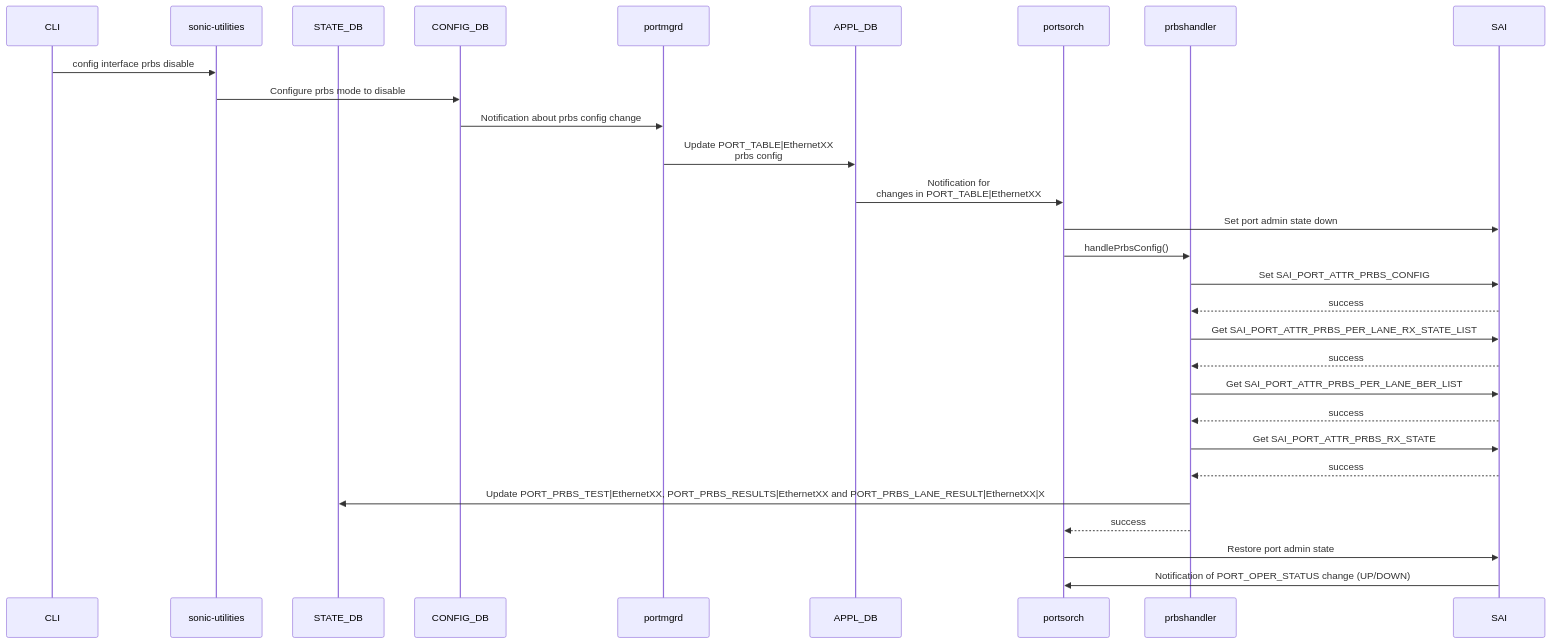
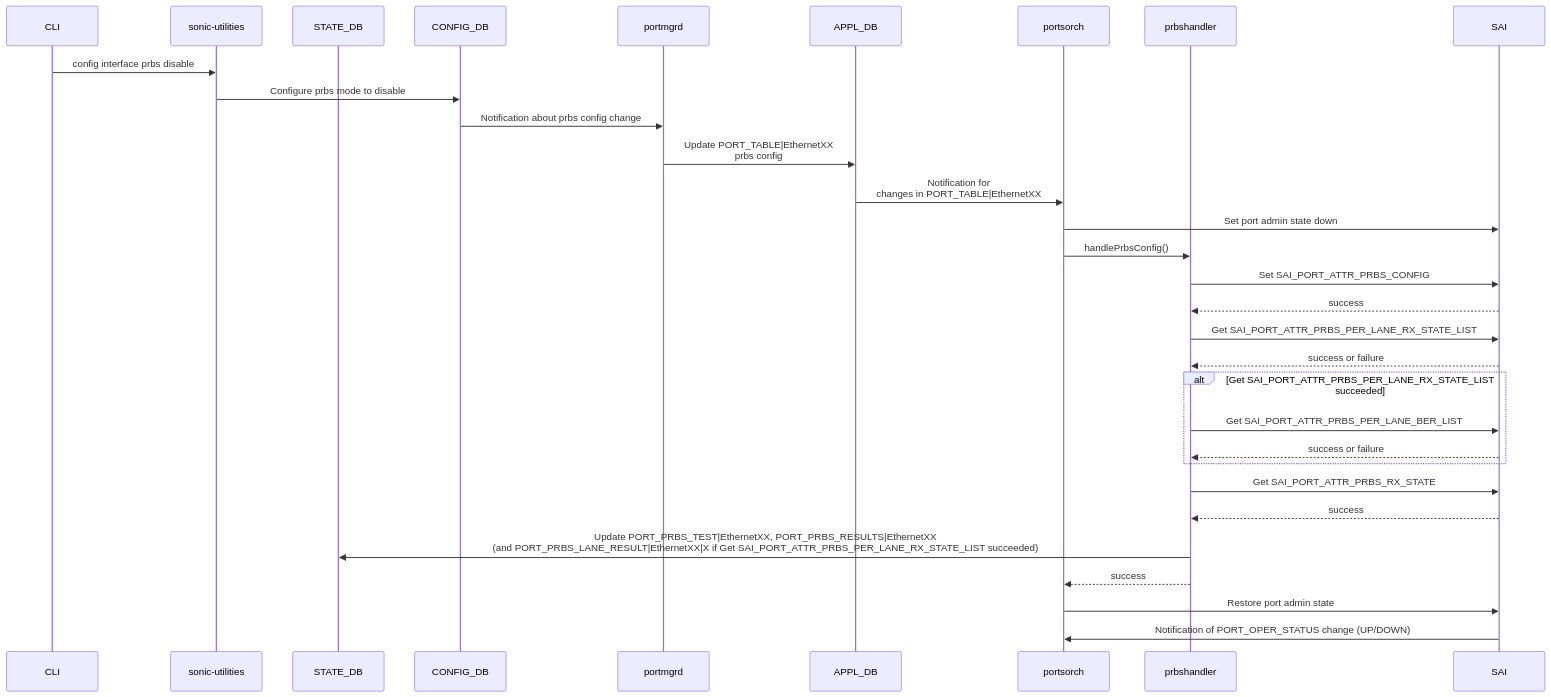
Before and after one commit to sonic-net/SONiC: the fourth of 4 diagrams in doc/prbs/PRBS_Per_Lane_HLD.md, drawn with Mermaid. The commit also changed other lines of this file, not shown here.

Commit message:
Add details about port-level PRBS statistics

````diff
--- a/doc/prbs/PRBS_Per_Lane_HLD.md
+++ b/doc/prbs/PRBS_Per_Lane_HLD.md
@@ -465,36 +468,38 @@
 ```mermaid
 sequenceDiagram
     participant CLI
     participant sonic-utilities
     participant STATE_DB
     participant CONFIG_DB
     participant portmgrd
     participant APPL_DB
     participant portsorch
     participant prbshandler
 
     CLI->>sonic-utilities: config interface prbs disable
     sonic-utilities->>CONFIG_DB: Configure prbs mode to disable
 
     CONFIG_DB->>portmgrd: Notification about prbs config change
 
     portmgrd->>APPL_DB: Update PORT_TABLE|EthernetXX <br/> prbs config
     APPL_DB->>portsorch: Notification for <br/> changes in PORT_TABLE|EthernetXX
 
     portsorch->>SAI: Set port admin state down
     portsorch->>prbshandler: handlePrbsConfig()
     prbshandler->>SAI: Set SAI_PORT_ATTR_PRBS_CONFIG
     SAI-->>prbshandler: success
     prbshandler->>SAI: Get SAI_PORT_ATTR_PRBS_PER_LANE_RX_STATE_LIST
-    SAI-->>prbshandler: success
-    prbshandler->>SAI: Get SAI_PORT_ATTR_PRBS_PER_LANE_BER_LIST
-    SAI-->>prbshandler: success
+    SAI-->>prbshandler: success or failure
+    alt Get SAI_PORT_ATTR_PRBS_PER_LANE_RX_STATE_LIST succeeded
+        prbshandler->>SAI: Get SAI_PORT_ATTR_PRBS_PER_LANE_BER_LIST
+        SAI-->>prbshandler: success or failure
+    end
     prbshandler->>SAI: Get SAI_PORT_ATTR_PRBS_RX_STATE
     SAI-->>prbshandler: success
-    prbshandler->>STATE_DB: Update PORT_PRBS_TEST|EthernetXX, PORT_PRBS_RESULTS|EthernetXX and PORT_PRBS_LANE_RESULT|EthernetXX|X
+    prbshandler->>STATE_DB: Update PORT_PRBS_TEST|EthernetXX, PORT_PRBS_RESULTS|EthernetXX <br/> (and PORT_PRBS_LANE_RESULT|EthernetXX|X if Get SAI_PORT_ATTR_PRBS_PER_LANE_RX_STATE_LIST succeeded)
     prbshandler-->>portsorch: success
 
     portsorch->>SAI: Restore port admin state
 
     SAI->>portsorch: Notification of PORT_OPER_STATUS change (UP/DOWN)
 ```
````
